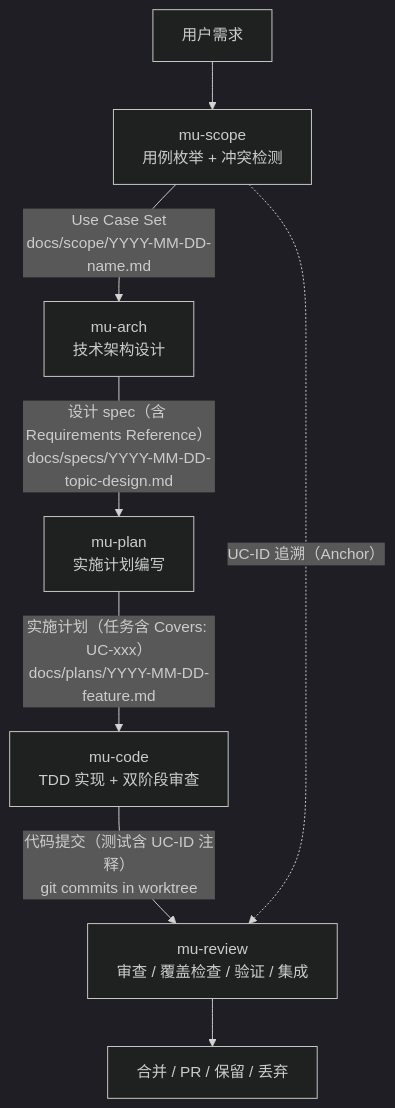
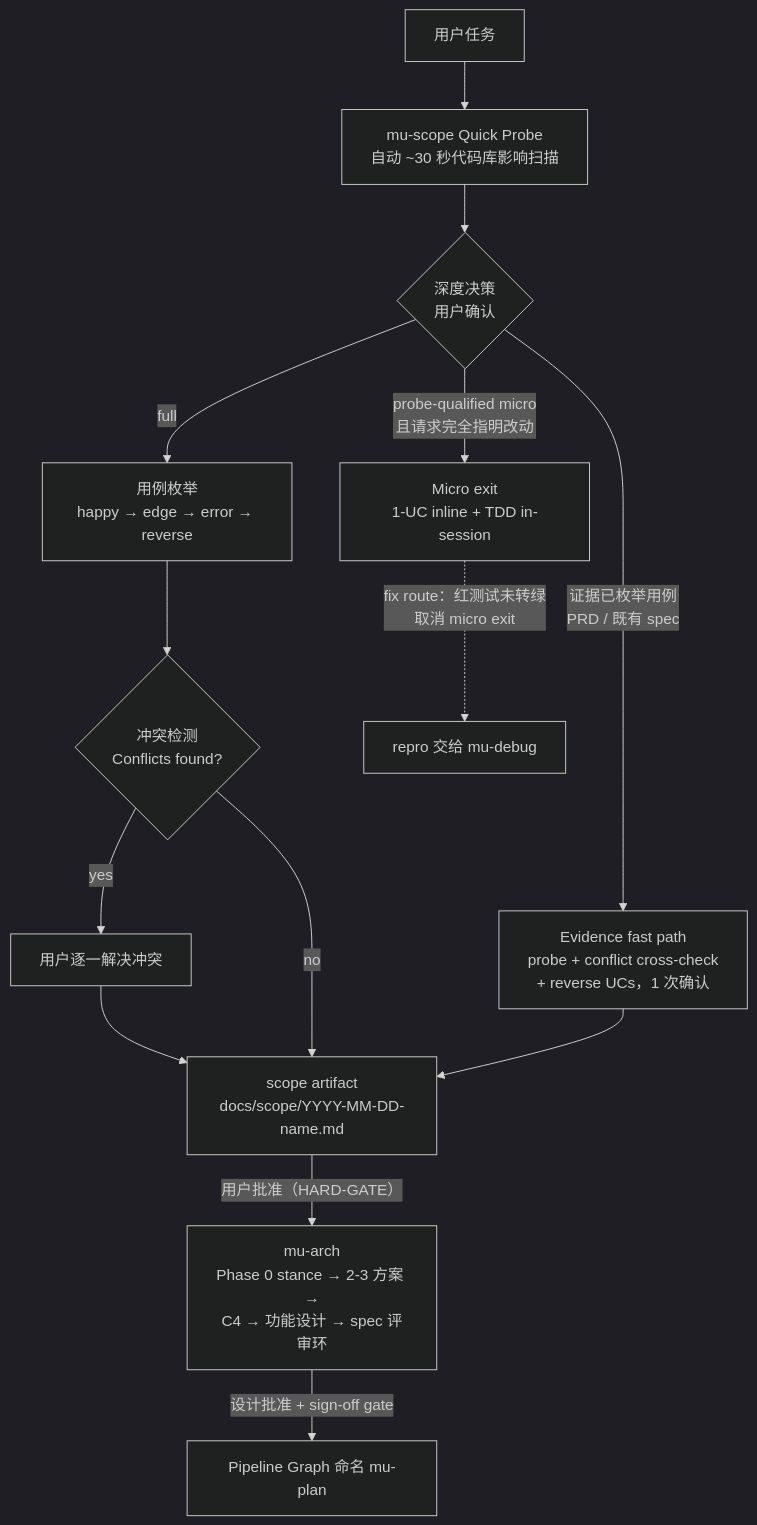
The first of 3 diagrams in docs/wiki/core-pipeline.md (knotmark-ai/devmuse), drawn with Mermaid (dark theme) before and after one commit. The commit also changed other lines of this file and 24 other files, not shown here.

````diff
--- a/docs/wiki/core-pipeline.md
+++ b/docs/wiki/core-pipeline.md
@@ -24,10 +24,16 @@
 ```mermaid
 graph TD
-    U["用户需求"] --> S["mu-scope<br/>用例枚举 + 冲突检测"]
-    S -->|"Use Case Set<br/>docs/scope/YYYY-MM-DD-name.md"| A["mu-arch<br/>技术架构设计"]
-    A -->|"设计 spec（含 Requirements Reference）<br/>docs/specs/YYYY-MM-DD-topic-design.md"| P["mu-plan<br/>实施计划编写"]
-    P -->|"实施计划（任务含 Covers: UC-xxx）<br/>docs/plans/YYYY-MM-DD-feature.md"| C["mu-code<br/>TDD 实现 + 双阶段审查"]
-    C -->|"代码提交（测试含 UC-ID 注释）<br/>git commits in worktree"| R["mu-review<br/>审查 / 覆盖检查 / 验证 / 集成"]
-    R --> M["合并 / PR / 保留 / 丢弃"]
-    S -.->|"UC-ID 追溯（Anchor）"| R
+    REQ["用户任务"] --> PROBE["mu-scope Quick Probe<br/>自动 ~30 秒代码库影响扫描"]
+    PROBE --> DEPTH{"深度决策<br/>用户确认"}
+    DEPTH -->|"probe-qualified micro<br/>且请求完全指明改动"| MICRO["Micro exit<br/>1-UC inline + TDD in-session"]
+    DEPTH -->|"证据已枚举用例<br/>PRD / 既有 spec"| FAST["Evidence fast path<br/>probe + conflict cross-check<br/>+ reverse UCs，1 次确认"]
+    DEPTH -->|"full"| ENUM["用例枚举<br/>happy → edge → error → reverse"]
+    ENUM --> CONFLICT{"冲突检测<br/>Conflicts found?"}
+    CONFLICT -->|"yes"| RES["用户逐一解决冲突"]
+    RES --> ART["scope artifact<br/>docs/scope/YYYY-MM-DD-name.md"]
+    CONFLICT -->|"no"| ART
+    FAST --> ART
+    MICRO -.->|"fix route：红测试未转绿<br/>取消 micro exit"| DEBUG["repro 交给 mu-debug"]
+    ART -->|"用户批准（HARD-GATE）"| ARCH["mu-arch<br/>Phase 0 stance → 2-3 方案 →<br/>C4 → 功能设计 → spec 评审环"]
+    ARCH -->|"设计批准 + sign-off gate"| PLAN["Pipeline Graph 命名 mu-plan"]
 ```
````
